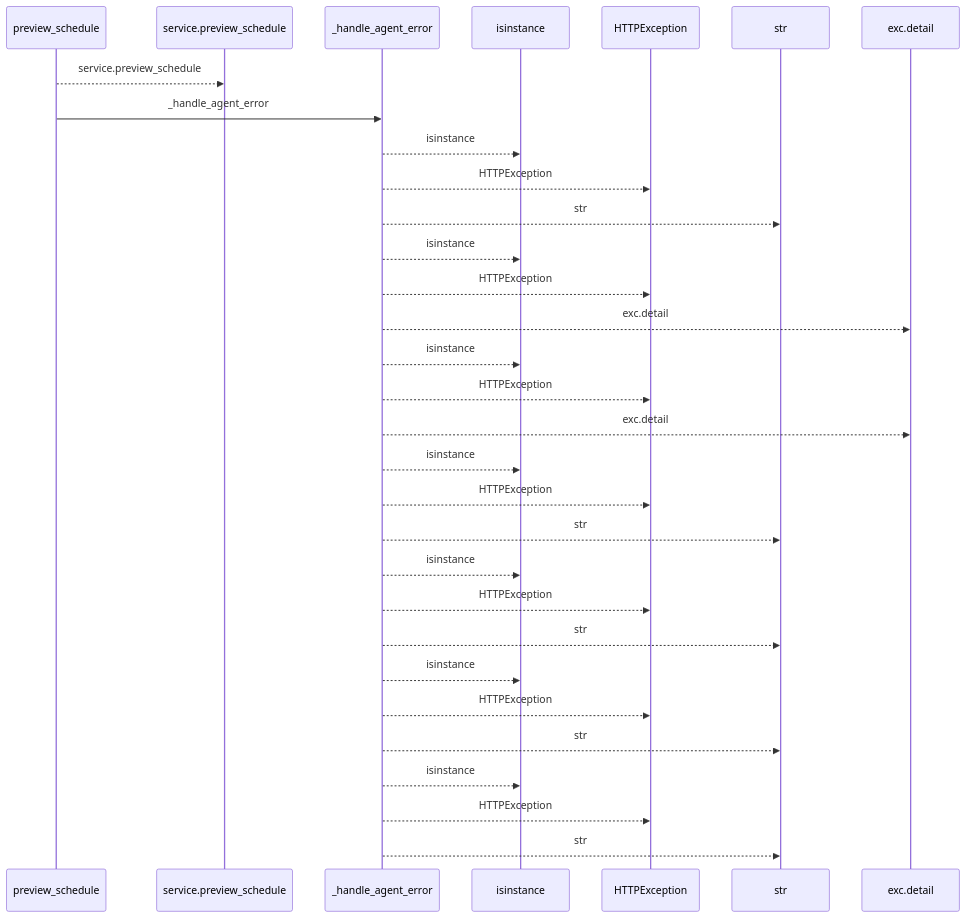
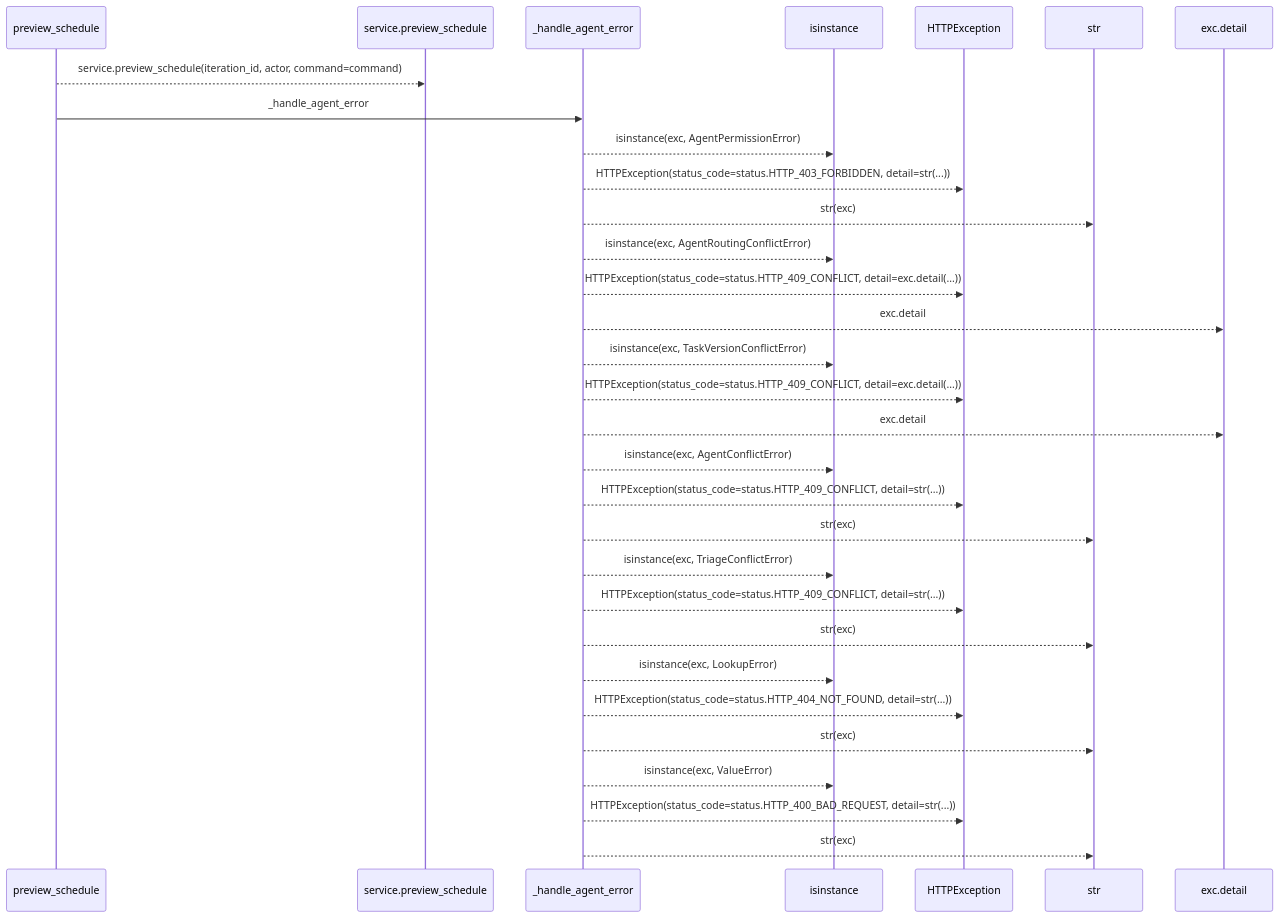
One commit to Denissvgn/WorkChord changed the first of 2 diagrams in docs/llm_wiki/flows/http-preview_schedule.md. Above: the diagram before and after it, drawn with Mermaid. The commit also changed other lines of this file and 25171 other files, not shown here.

````diff
--- a/docs/llm_wiki/flows/http-preview_schedule.md
+++ b/docs/llm_wiki/flows/http-preview_schedule.md
@@ -10,33 +12,33 @@
 ```mermaid
 sequenceDiagram
     participant p0 as preview_schedule
     participant p1 as service.preview_schedule
     participant p2 as _handle_agent_error
     participant p3 as isinstance
     participant p4 as HTTPException
     participant p5 as str
     participant p6 as exc.detail
-    p0-->>p1: service.preview_schedule
+    p0-->>p1: service.preview_schedule(iteration_id, actor, command=command)
     p0->>p2: _handle_agent_error
-    p2-->>p3: isinstance
-    p2-->>p4: HTTPException
-    p2-->>p5: str
-    p2-->>p3: isinstance
-    p2-->>p4: HTTPException
+    p2-->>p3: isinstance(exc, AgentPermissionError)
+    p2-->>p4: HTTPException(status_code=status.HTTP_403_FORBIDDEN, detail=str(...))
+    p2-->>p5: str(exc)
+    p2-->>p3: isinstance(exc, AgentRoutingConflictError)
+    p2-->>p4: HTTPException(status_code=status.HTTP_409_CONFLICT, detail=exc.detail(...))
     p2-->>p6: exc.detail
-    p2-->>p3: isinstance
-    p2-->>p4: HTTPException
+    p2-->>p3: isinstance(exc, TaskVersionConflictError)
+    p2-->>p4: HTTPException(status_code=status.HTTP_409_CONFLICT, detail=exc.detail(...))
     p2-->>p6: exc.detail
-    p2-->>p3: isinstance
-    p2-->>p4: HTTPException
-    p2-->>p5: str
-    p2-->>p3: isinstance
-    p2-->>p4: HTTPException
-    p2-->>p5: str
-    p2-->>p3: isinstance
-    p2-->>p4: HTTPException
-    p2-->>p5: str
-    p2-->>p3: isinstance
-    p2-->>p4: HTTPException
-    p2-->>p5: str
+    p2-->>p3: isinstance(exc, AgentConflictError)
+    p2-->>p4: HTTPException(status_code=status.HTTP_409_CONFLICT, detail=str(...))
+    p2-->>p5: str(exc)
+    p2-->>p3: isinstance(exc, TriageConflictError)
+    p2-->>p4: HTTPException(status_code=status.HTTP_409_CONFLICT, detail=str(...))
+    p2-->>p5: str(exc)
+    p2-->>p3: isinstance(exc, LookupError)
+    p2-->>p4: HTTPException(status_code=status.HTTP_404_NOT_FOUND, detail=str(...))
+    p2-->>p5: str(exc)
+    p2-->>p3: isinstance(exc, ValueError)
+    p2-->>p4: HTTPException(status_code=status.HTTP_400_BAD_REQUEST, detail=str(...))
+    p2-->>p5: str(exc)
 ```
````
